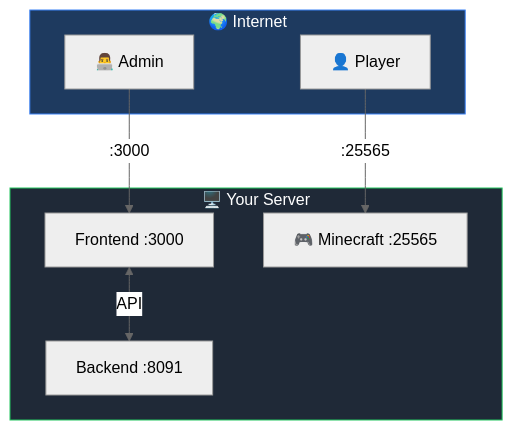
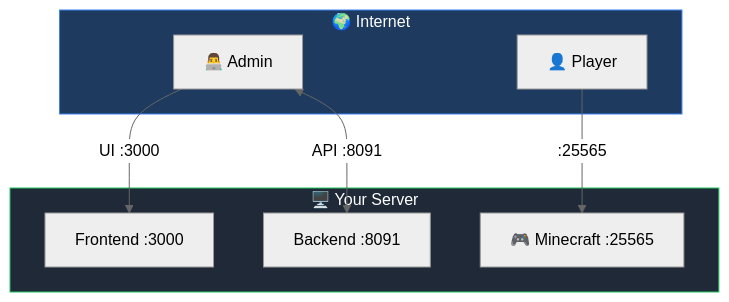
One commit to Ketbome/minepanel changed the first of 2 diagrams in doc/networking.md. Above: the diagram before and after it, drawn with Mermaid (neutral theme).

Commit message:
fix(docs): show the backend as directly reachable in the networking overview
The browser calls the API with NEXT_PUBLIC_BACKEND_URL, so the admin's
machine hits port 8091 directly; the old edge drew it as frontend-to-backend
traffic.

Closes #238

Claude-Session: https://claude.ai/code/session_01WcadwWzZPMpTDtxpJ5RLwk

````diff
--- a/doc/networking.md
+++ b/doc/networking.md
@@ -12,20 +12,20 @@
 ```mermaid
 flowchart TB
     subgraph internet["🌍 Internet"]
         Player["👤 Player"]
         Admin["👨‍💻 Admin"]
     end
 
     subgraph server["🖥️ Your Server"]
         FE["Frontend :3000"]
         BE["Backend :8091"]
         MC["🎮 Minecraft :25565"]
     end
 
-    Admin -->|":3000"| FE
-    FE <-->|"API"| BE
+    Admin -->|"UI :3000"| FE
+    Admin <-->|"API :8091"| BE
     Player -->|":25565"| MC
 
     style internet fill:#1e3a5f,stroke:#3b82f6,color:#fff
     style server fill:#1f2937,stroke:#22c55e,color:#fff
 ```
````
